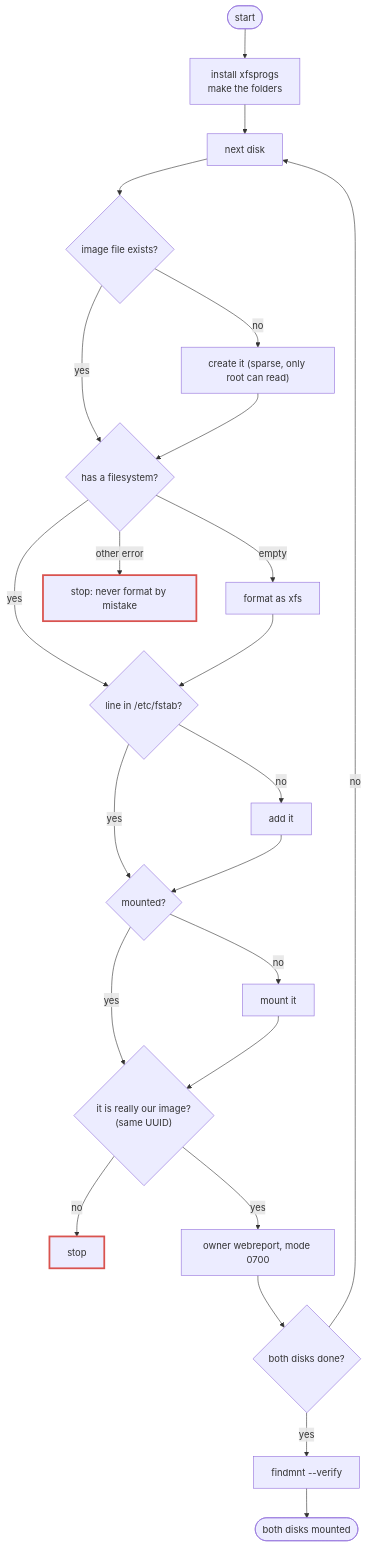
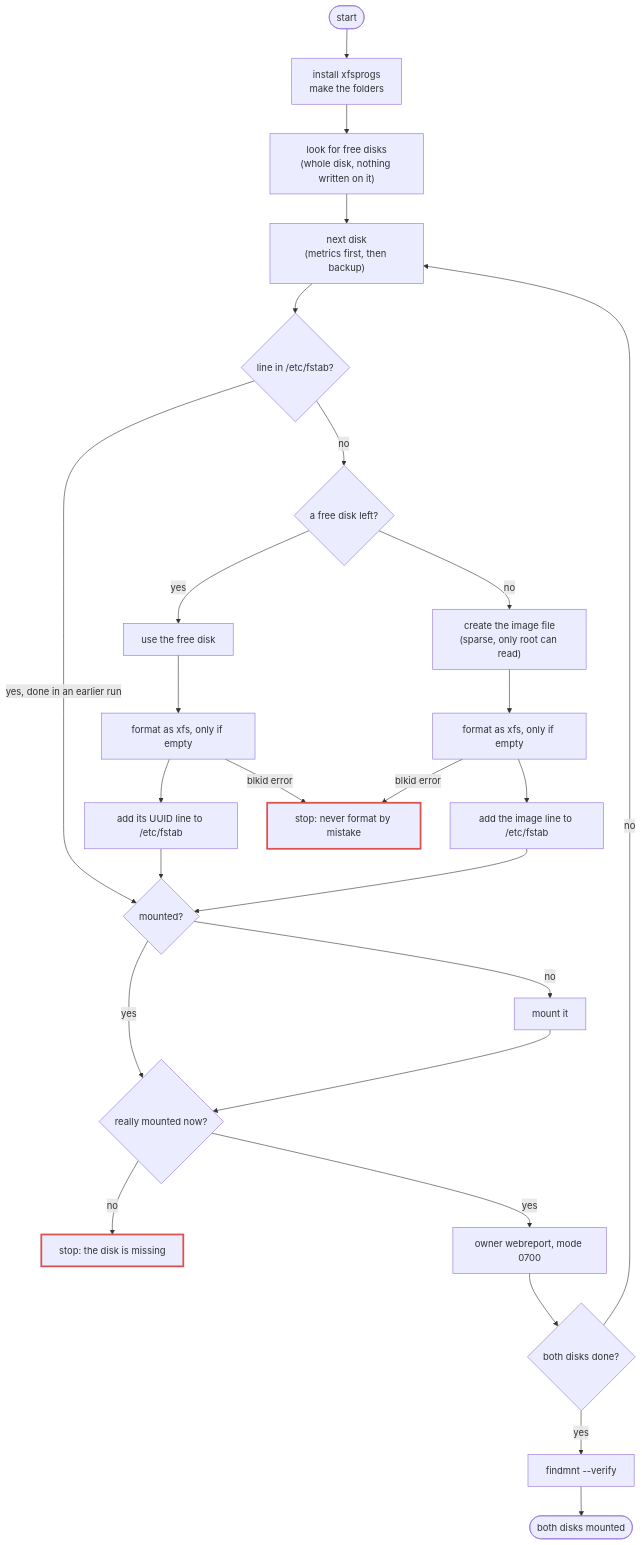
Before and after one commit to Voltaik292/linux-server-project: the fifth of 10 diagrams in docs/flowcharts.md, drawn with Mermaid. The commit also changed other lines of this file and 1 other file, not shown here.

Commit message:
update README and step 4 flowchart for free disk detection

````diff
--- a/docs/flowcharts.md
+++ b/docs/flowcharts.md
@@ -113,26 +113,33 @@
 ```mermaid
 flowchart TD
     A(["start"]) --> B["install xfsprogs<br/>make the folders"]
-    B --> C["next disk"]
-    C --> D{"image file exists?"}
-    D -- no --> E["create it (sparse, only root can read)"]
-    D -- yes --> F
-    E --> F{"has a filesystem?"}
-    F -- yes --> H
-    F -- "empty" --> G["format as xfs"]
-    F -- "other error" --> X1["stop: never format by mistake"]:::stop
-    G --> H{"line in /etc/fstab?"}
-    H -- no --> I["add it"]
-    H -- yes --> J
-    I --> J{"mounted?"}
-    J -- no --> K["mount it"]
+    B --> B2["look for free disks<br/>(whole disk, nothing written on it)"]
+    B2 --> C["next disk<br/>(metrics first, then backup)"]
+    C --> D{"line in /etc/fstab?"}
+    D -- "yes, done in an earlier run" --> J
+    D -- no --> E{"a free disk left?"}
+
+    E -- yes --> F1["use the free disk"]
+    F1 --> F2["format as xfs, only if empty"]
+    F2 --> F3["add its UUID line to /etc/fstab"]
+    F3 --> J
+
+    E -- no --> G1["create the image file<br/>(sparse, only root can read)"]
+    G1 --> G2["format as xfs, only if empty"]
+    G2 --> G3["add the image line to /etc/fstab"]
+    G3 --> J
+
+    F2 -- "blkid error" --> X1["stop: never format by mistake"]:::stop
+    G2 -- "blkid error" --> X1
+
+    J{"mounted?"} -- no --> K["mount it"]
     J -- yes --> L
-    K --> L{"it is really our image?<br/>(same UUID)"}
-    L -- no --> X2["stop"]:::stop
+    K --> L{"really mounted now?"}
+    L -- no --> X2["stop: the disk is missing"]:::stop
     L -- yes --> M["owner webreport, mode 0700"]
     M --> N{"both disks done?"}
     N -- no --> C
     N -- yes --> O["findmnt --verify"]
     O --> P(["both disks mounted"])
     classDef stop stroke:#d9534f,stroke-width:3px
 ```
````
